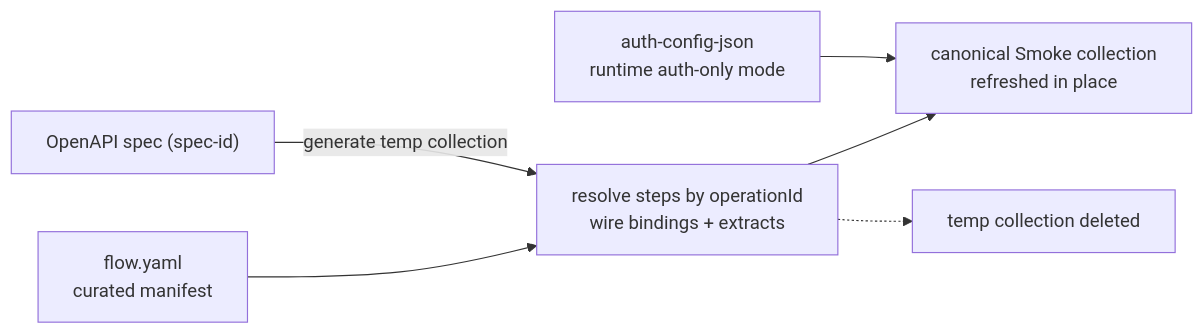
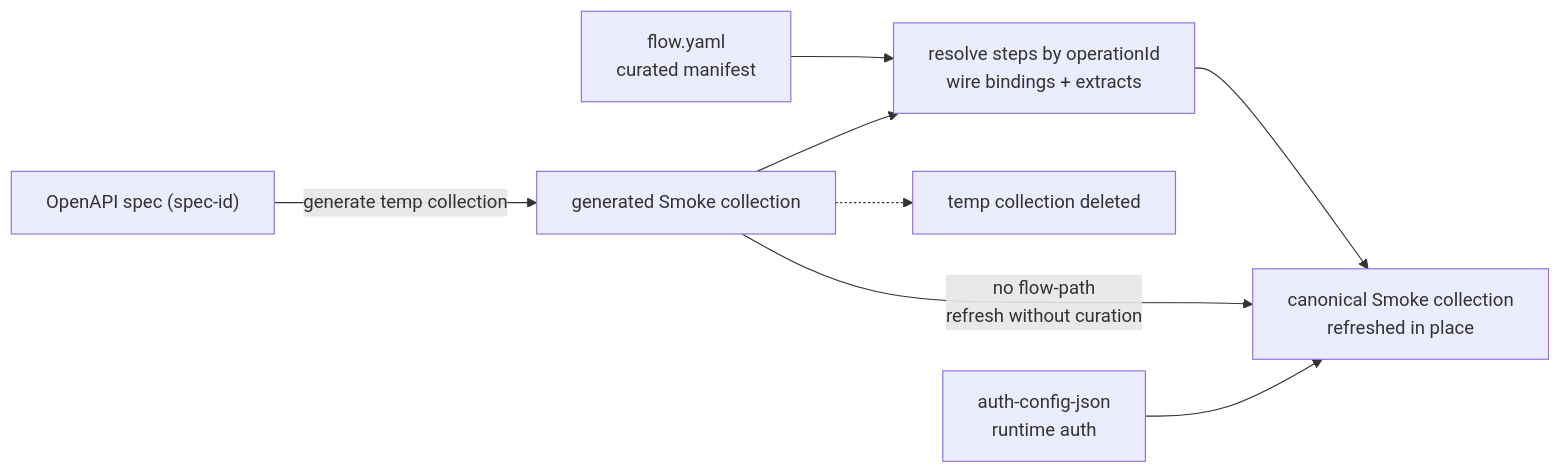
One commit to postman-cs/postman-smoke-flow-action changed the diagram in README.md. Above: the diagram before and after it, drawn with Mermaid. The commit also changed other lines of this file and 10 other files, not shown here.

Commit message:
Refresh smoke collection from spec without flow manifest

````diff
--- a/README.md
+++ b/README.md
@@ -234,8 +234,10 @@
 ```mermaid
 flowchart LR
     M["flow.yaml<br/>curated manifest"] --> R
-    S["OpenAPI spec (spec-id)"] -->|"generate temp collection"| R["resolve steps by operationId<br/>wire bindings + extracts"]
+    S["OpenAPI spec (spec-id)"] -->|"generate temp collection"| G["generated Smoke collection"]
+    G --> R["resolve steps by operationId<br/>wire bindings + extracts"]
     R --> C["canonical Smoke collection<br/>refreshed in place"]
-    R -.-> T["temp collection deleted"]
-    O["auth-config-json<br/>runtime auth-only mode"] --> C
+    G -->|"no flow-path<br/>refresh without curation"| C
+    G -.-> T["temp collection deleted"]
+    O["auth-config-json<br/>runtime auth"] --> C
 ```
````
